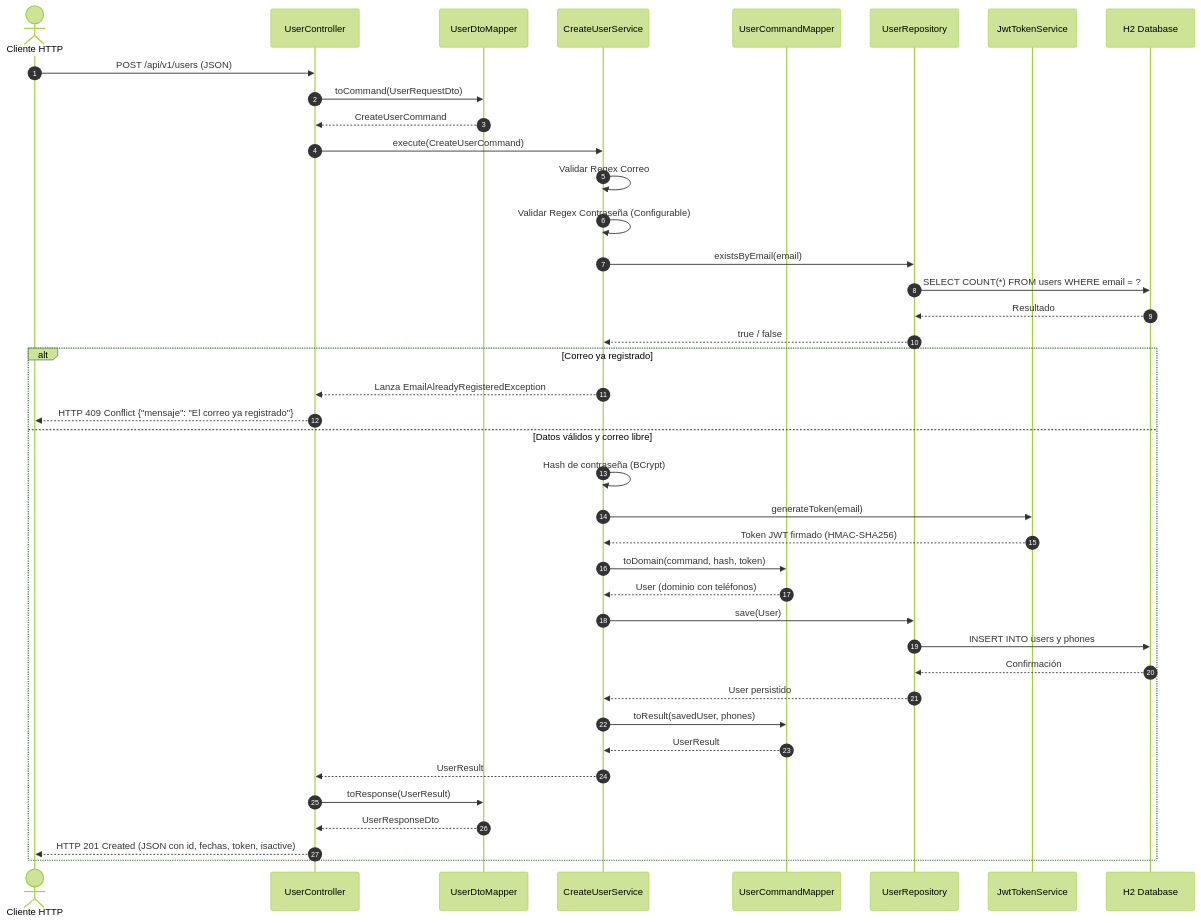
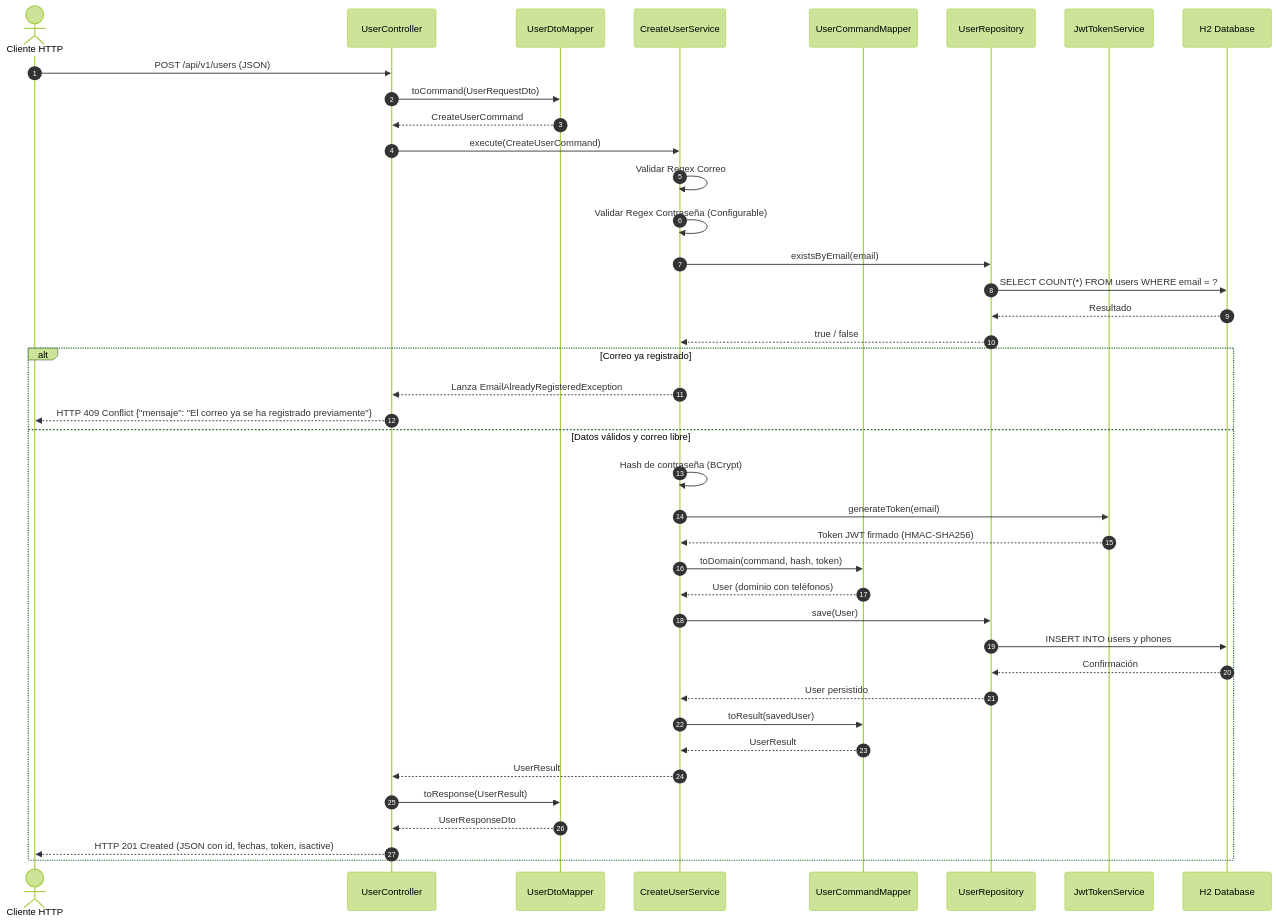
Before and after one commit to andresgouts/user-demo: the second of 2 diagrams in README.md, drawn with Mermaid (forest theme). The commit also changed other lines of this file and 4 other files, not shown here.

Commit message:
Mensaje email registrado

````diff
--- a/README.md
+++ b/README.md
@@ -55,46 +55,46 @@
 ```mermaid
 sequenceDiagram
     autonumber
     actor Cliente as Cliente HTTP
     participant Controller as UserController
     participant DtoMapper as UserDtoMapper
     participant Service as CreateUserService
     participant CmdMapper as UserCommandMapper
     participant Repo as UserRepository
     participant JWT as JwtTokenService
     participant DB as H2 Database
 
     Cliente->>Controller: POST /api/v1/users (JSON)
     Controller->>DtoMapper: toCommand(UserRequestDto)
     DtoMapper-->>Controller: CreateUserCommand
     Controller->>Service: execute(CreateUserCommand)
     
     Service->>Service: Validar Regex Correo
     Service->>Service: Validar Regex Contraseña (Configurable)
     
     Service->>Repo: existsByEmail(email)
     Repo->>DB: SELECT COUNT(*) FROM users WHERE email = ?
     DB-->>Repo: Resultado
     Repo-->>Service: true / false
     
     alt Correo ya registrado
         Service-->>Controller: Lanza EmailAlreadyRegisteredException
-        Controller-->>Cliente: HTTP 409 Conflict {"mensaje": "El correo ya registrado"}
+        Controller-->>Cliente: HTTP 409 Conflict {"mensaje": "El correo ya se ha registrado previamente"}
     else Datos válidos y correo libre
         Service->>Service: Hash de contraseña (BCrypt)
         Service->>JWT: generateToken(email)
         JWT-->>Service: Token JWT firmado (HMAC-SHA256)
         Service->>CmdMapper: toDomain(command, hash, token)
         CmdMapper-->>Service: User (dominio con teléfonos)
         Service->>Repo: save(User)
         Repo->>DB: INSERT INTO users y phones
         DB-->>Repo: Confirmación
         Repo-->>Service: User persistido
-        Service->>CmdMapper: toResult(savedUser, phones)
+        Service->>CmdMapper: toResult(savedUser)
         CmdMapper-->>Service: UserResult
         Service-->>Controller: UserResult
         Controller->>DtoMapper: toResponse(UserResult)
         DtoMapper-->>Controller: UserResponseDto
         Controller-->>Cliente: HTTP 201 Created (JSON con id, fechas, token, isactive)
     end
 ```
````
